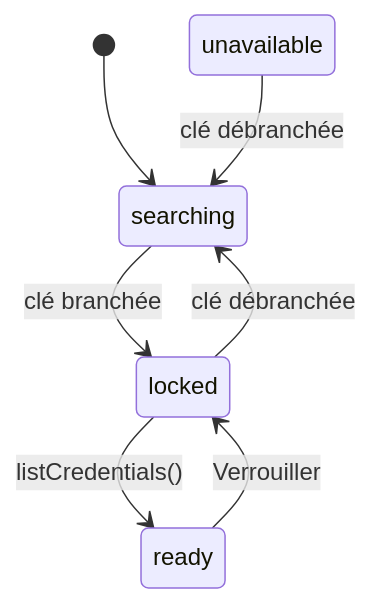
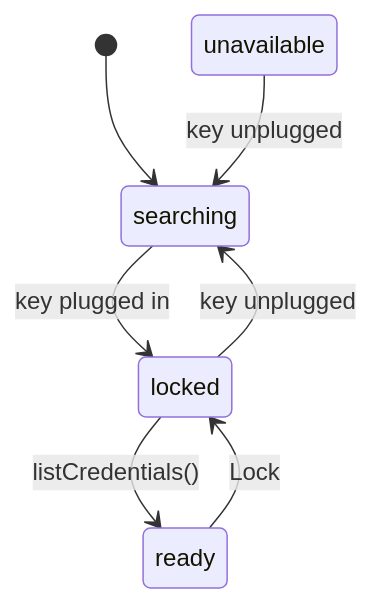
Before and after one commit to millianlmx/NotchOTP: the second of 3 diagrams in docs/architecture.md, drawn with Mermaid. The commit also changed other lines of this file and 1 other file, not shown here.

````diff
--- a/docs/architecture.md
+++ b/docs/architecture.md
@@ -63,9 +62,9 @@
 ```mermaid
 stateDiagram-v2
     [*] --> searching
-    searching --> locked: clé branchée
+    searching --> locked: key plugged in
     locked --> ready: listCredentials()
-    ready --> locked: Verrouiller
-    locked --> searching: clé débranchée
-    unavailable --> searching: clé débranchée
+    ready --> locked: Lock
+    locked --> searching: key unplugged
+    unavailable --> searching: key unplugged
 ```
````
